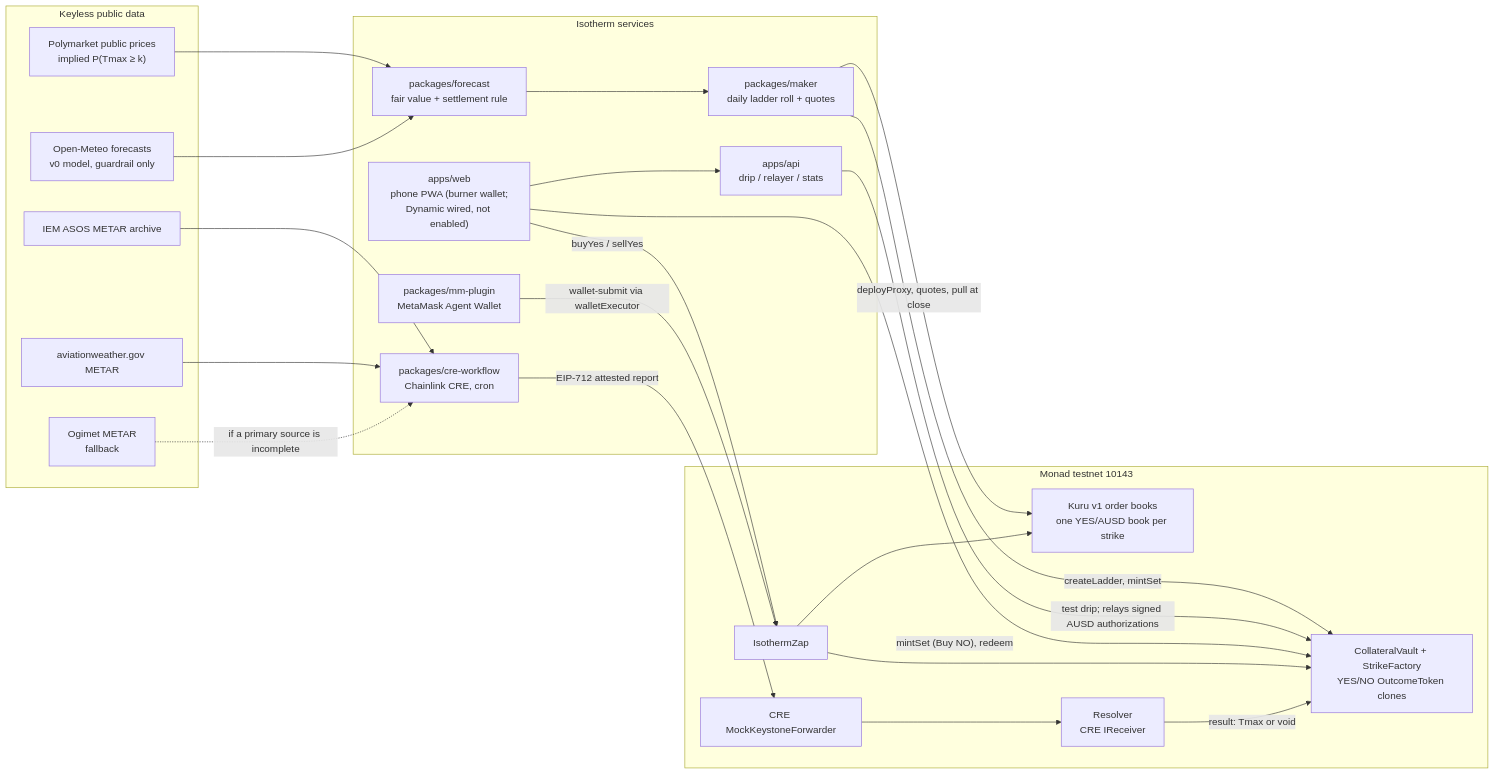
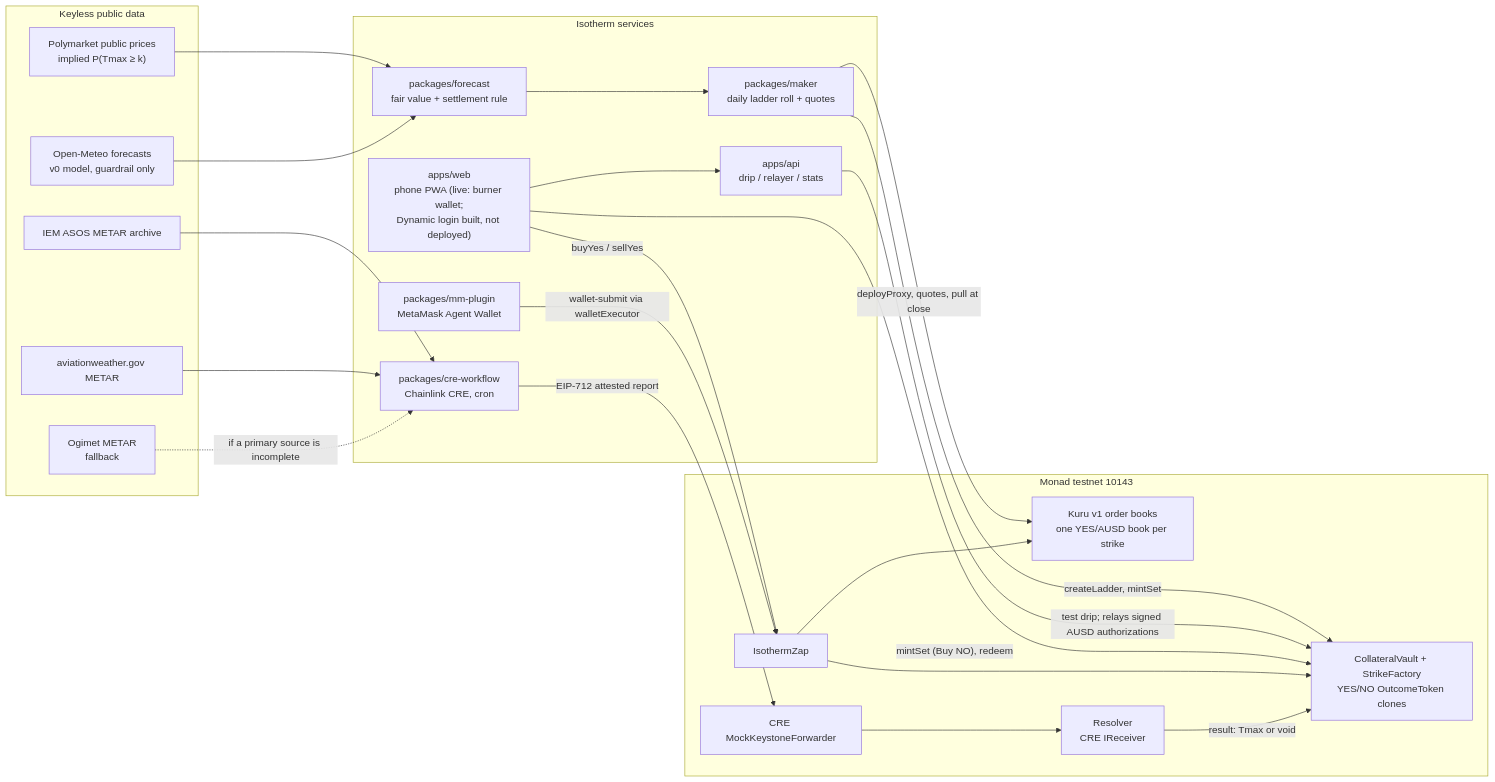
Before and after one commit to tedinroc/isotherm: the diagram in README.md, drawn with Mermaid. The commit also changed other lines of this file and 32 other files, not shown here.

Commit message:
Web: Dynamic Sandbox env wired as default login (dev-wallet fallback), Portfolio Sell Yes floor, fair-source labels; docs truth pass for Dynamic/CRE

````diff
--- a/README.md
+++ b/README.md
@@ -33,43 +33,43 @@
 ```mermaid
 flowchart LR
   subgraph DATA["Keyless public data"]
     PM["Polymarket public prices<br/>implied P(Tmax ≥ k)"]
     OM["Open-Meteo forecasts<br/>v0 model, guardrail only"]
     IEM["IEM ASOS METAR archive"]
     AWC["aviationweather.gov METAR"]
     OG["Ogimet METAR<br/>fallback"]
   end
   subgraph SVC["Isotherm services"]
     FC["packages/forecast<br/>fair value + settlement rule"]
     MK["packages/maker<br/>daily ladder roll + quotes"]
-    WEB["apps/web<br/>phone PWA (burner wallet;<br/>Dynamic wired, not enabled)"]
+    WEB["apps/web<br/>phone PWA (live: burner wallet;<br/>Dynamic login built, not deployed)"]
     API["apps/api<br/>drip / relayer / stats"]
     MMP["packages/mm-plugin<br/>MetaMask Agent Wallet"]
     CRE["packages/cre-workflow<br/>Chainlink CRE, cron"]
   end
   subgraph CHAIN["Monad testnet 10143"]
     VAULT["CollateralVault + StrikeFactory<br/>YES/NO OutcomeToken clones"]
     ZAP["IsothermZap"]
     KURU["Kuru v1 order books<br/>one YES/AUSD book per strike"]
     FWD["CRE MockKeystoneForwarder"]
     RES["Resolver<br/>CRE IReceiver"]
   end
   PM --> FC
   OM --> FC
   FC --> MK
   MK -->|"createLadder, mintSet"| VAULT
   MK -->|"deployProxy, quotes, pull at close"| KURU
   WEB --> API
   API -->|"test drip; relays signed AUSD authorizations"| VAULT
   WEB -->|"buyYes / sellYes"| ZAP
   WEB -->|"mintSet (Buy NO), redeem"| VAULT
   MMP -->|"wallet-submit via walletExecutor"| ZAP
   ZAP --> KURU
   ZAP --> VAULT
   IEM --> CRE
   AWC --> CRE
   OG -.->|"if a primary source is incomplete"| CRE
   CRE -->|"EIP-712 attested report"| FWD
   FWD --> RES
   RES -->|"result: Tmax or void"| VAULT
 ```
````
